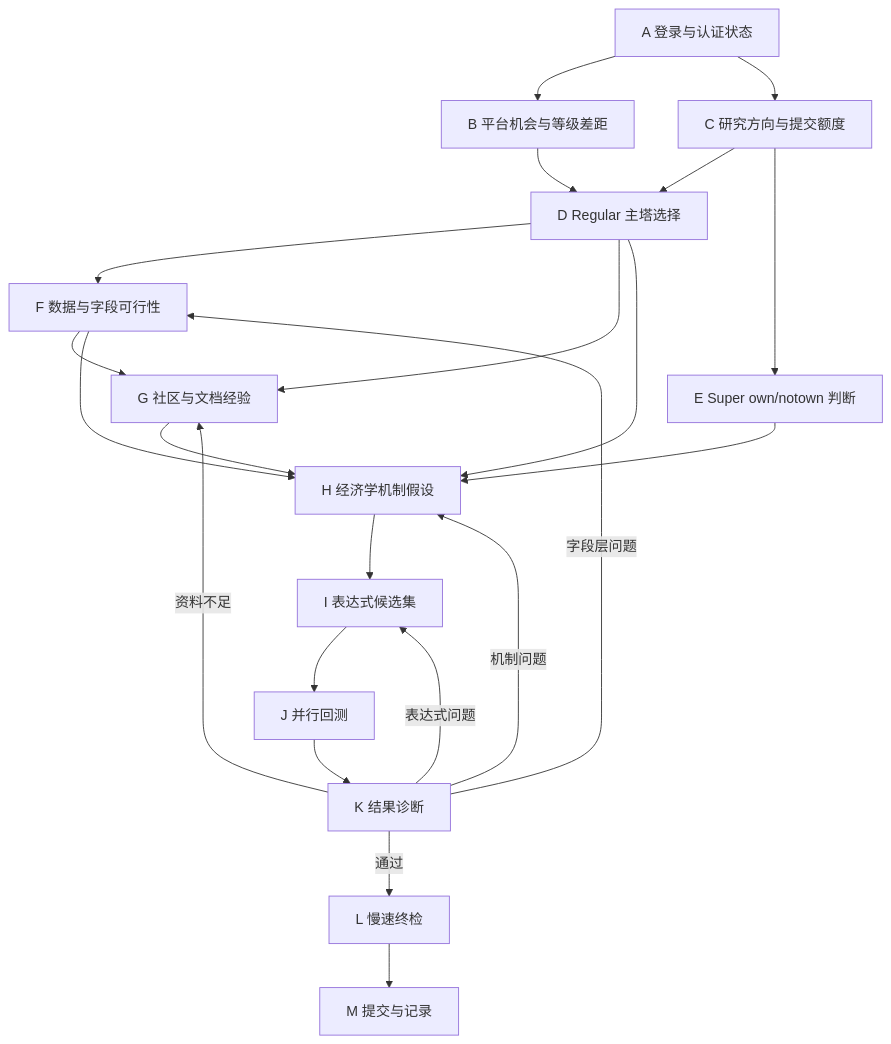
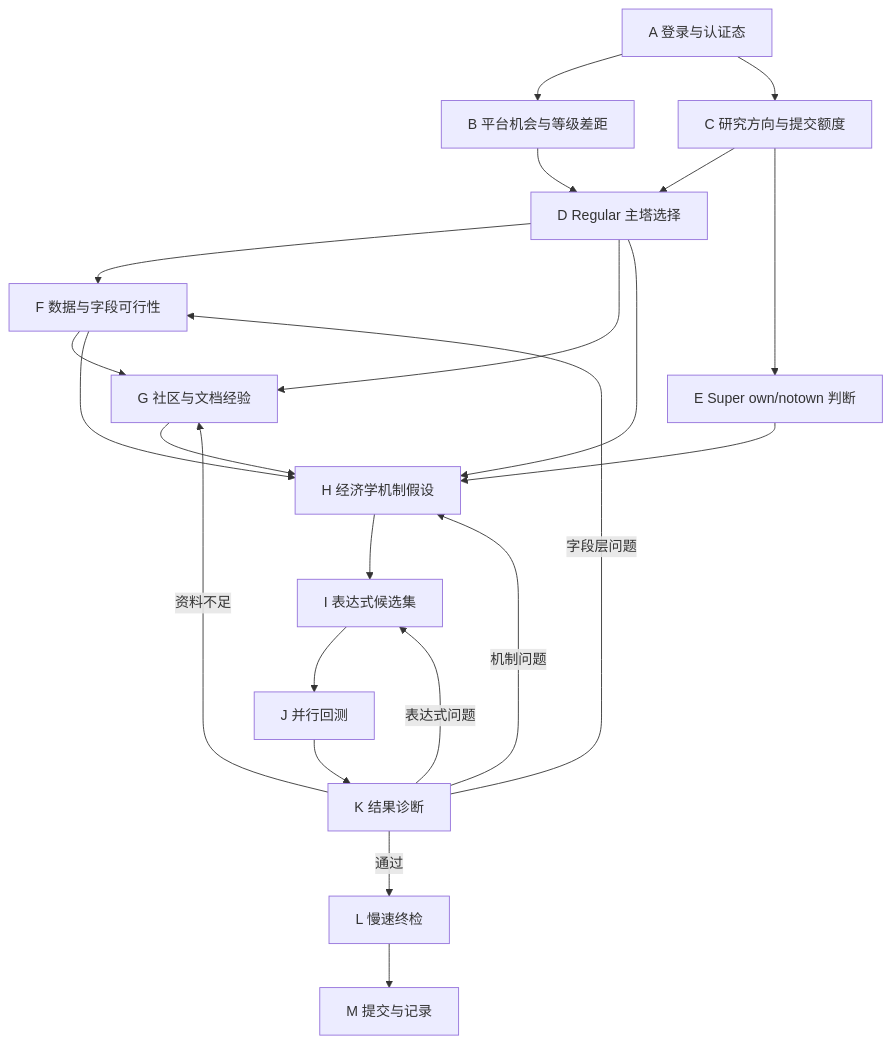
The diagram in workflow/workflow_graph.md (untuitivist/wqb_cli), drawn with Mermaid before and after one commit. The commit also changed other lines of this file and 4 other files, not shown here.

````diff
--- a/workflow/workflow_graph.md
+++ b/workflow/workflow_graph.md
@@ -27,30 +27,30 @@
 ```mermaid
 flowchart TD
-    A["A 登录与认证状态"] --> B["B 平台机会与等级差距"]
+    A["A 登录与认证态"] --> B["B 平台机会与等级差距"]
     A --> C["C 研究方向与提交额度"]
 
     B --> D["D Regular 主塔选择"]
     C --> D
     C --> E["E Super own/notown 判断"]
 
     D --> F["F 数据与字段可行性"]
     D --> G["G 社区与文档经验"]
     F --> G
 
     D --> H["H 经济学机制假设"]
     E --> H
     F --> H
     G --> H
 
     H --> I["I 表达式候选集"]
     I --> J["J 并行回测"]
     J --> K["K 结果诊断"]
 
     K -->|"通过"| L["L 慢速终检"]
     L --> M["M 提交与记录"]
 
     K -->|"字段层问题"| F
     K -->|"资料不足"| G
     K -->|"机制问题"| H
     K -->|"表达式问题"| I
 ```
````
